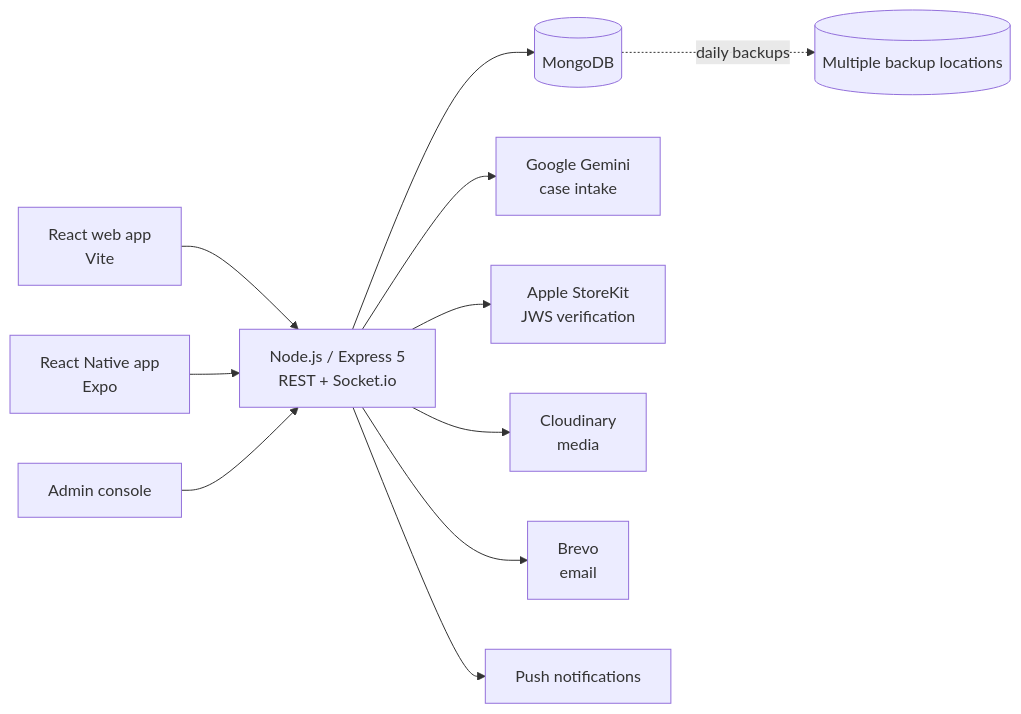
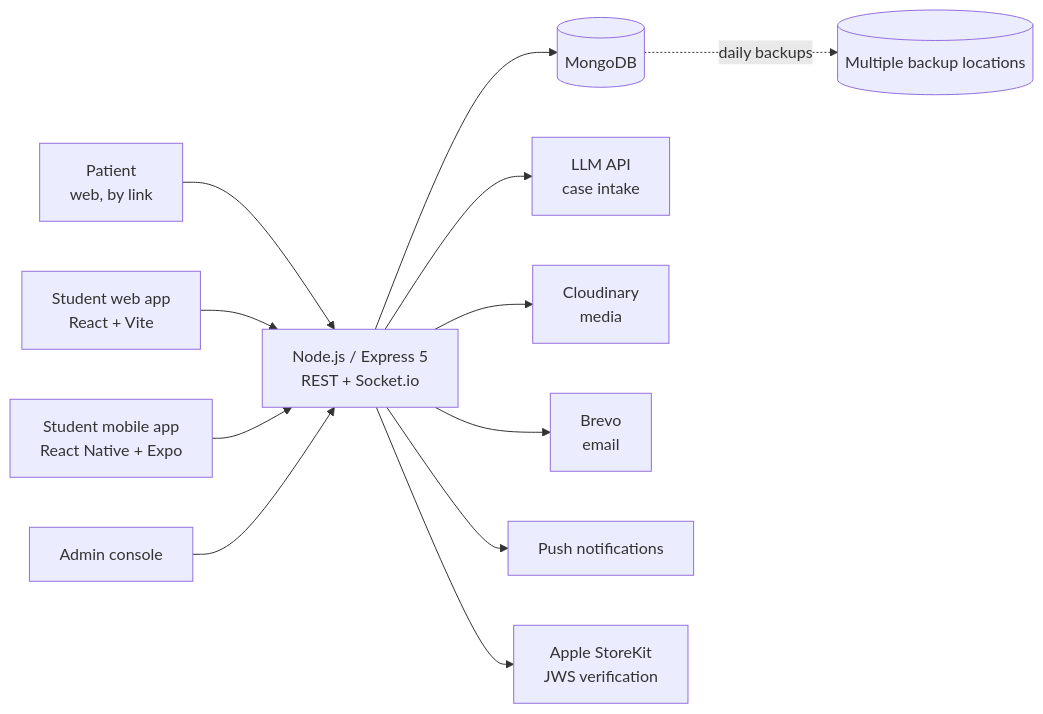
The diagram in README.md (OsamaAlRantisi9/dirs), drawn with Mermaid before and after one commit. The commit also changed other lines of this file and 3 other files, not shown here.

````diff
--- a/README.md
+++ b/README.md
@@ -26,13 +36,14 @@
 ```mermaid
 flowchart LR
-    W[React web app<br/>Vite] --> API
-    M[React Native app<br/>Expo] --> API
+    P[Patient<br/>web, by link] --> API
+    W[Student web app<br/>React + Vite] --> API
+    M[Student mobile app<br/>React Native + Expo] --> API
     A[Admin console] --> API
     API[Node.js / Express 5<br/>REST + Socket.io] --> DB[(MongoDB)]
-    API --> G[Google Gemini<br/>case intake]
-    API --> S[Apple StoreKit<br/>JWS verification]
+    API --> L[LLM API<br/>case intake]
     API --> C[Cloudinary<br/>media]
     API --> B[Brevo<br/>email]
-    API --> P[Push notifications]
+    API --> N[Push notifications]
+    API --> S[Apple StoreKit<br/>JWS verification]
     DB -. daily backups .-> BK[(Multiple backup locations)]
 ```
````
